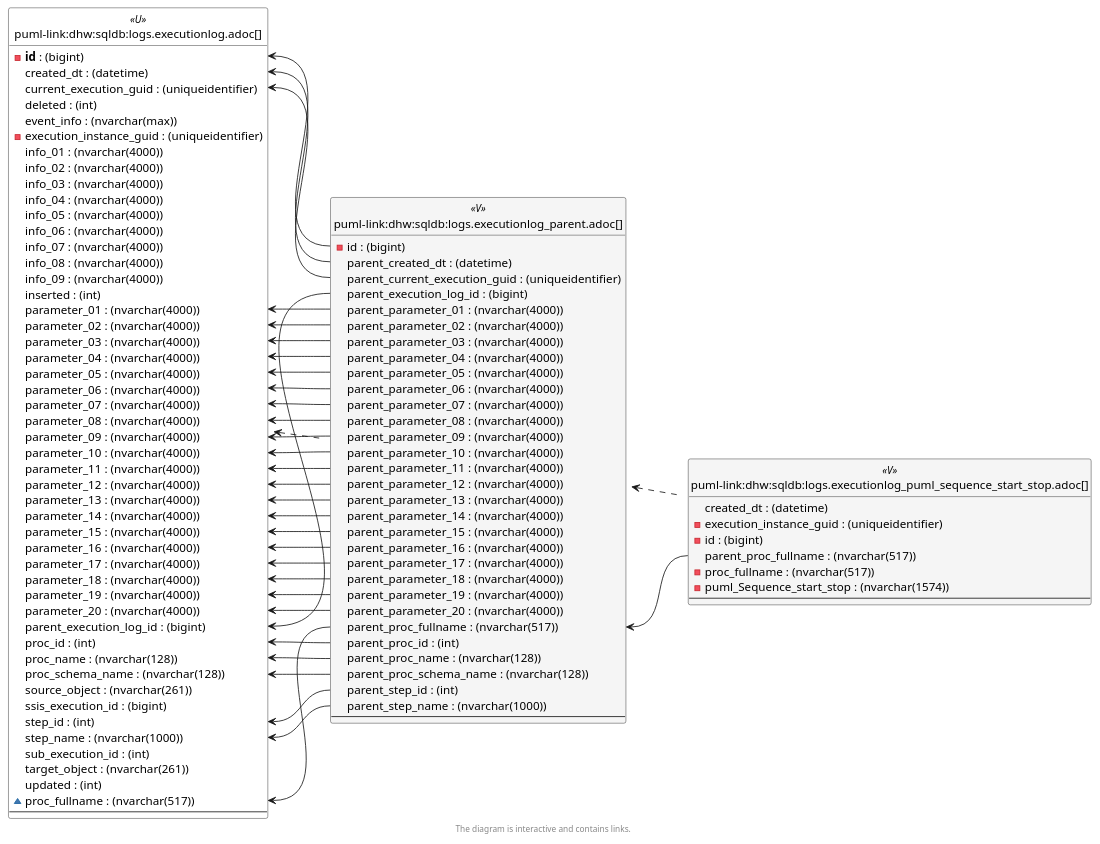
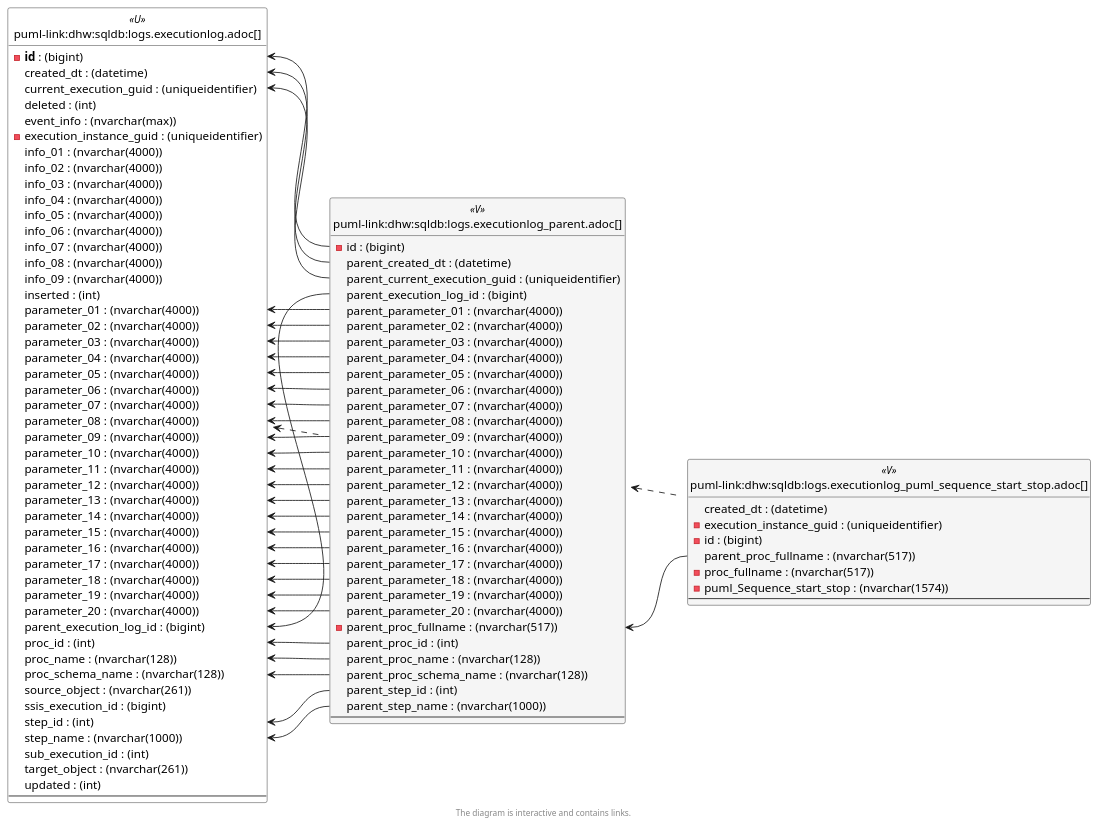
Before and after one commit to DataHandwerk/dhw-antora-sqldb: the sixth of 6 diagrams in docs/modules/sqldb/partials/content/logs.executionlog_parent.adoc, drawn with PlantUML. The commit also changed other lines of this file and 701 other files, not shown here.

```diff
--- a/docs/modules/sqldb/partials/content/logs.executionlog_parent.adoc
+++ b/docs/modules/sqldb/partials/content/logs.executionlog_parent.adoc
@@ -1540,7 +1535,6 @@
   sub_execution_id : (int)
   target_object : (nvarchar(261))
   updated : (int)
-  ~ proc_fullname : (nvarchar(517))
   --
 }
 
@@ -1569,7 +1563,7 @@
   parent_parameter_18 : (nvarchar(4000))
   parent_parameter_19 : (nvarchar(4000))
   parent_parameter_20 : (nvarchar(4000))
-  parent_proc_fullname : (nvarchar(517))
+  - parent_proc_fullname : (nvarchar(517))
   parent_proc_id : (int)
   parent_proc_name : (nvarchar(128))
   parent_proc_schema_name : (nvarchar(128))
@@ -1614,7 +1608,6 @@
 "logs.ExecutionLog::parameter_19" <-- "logs.ExecutionLog_parent::parent_parameter_19"
 "logs.ExecutionLog::parameter_20" <-- "logs.ExecutionLog_parent::parent_parameter_20"
 "logs.ExecutionLog::parent_execution_log_id" <-- "logs.ExecutionLog_parent::parent_execution_log_id"
-"logs.ExecutionLog::proc_fullname" <-- "logs.ExecutionLog_parent::parent_proc_fullname"
 "logs.ExecutionLog::proc_id" <-- "logs.ExecutionLog_parent::parent_proc_id"
 "logs.ExecutionLog::proc_name" <-- "logs.ExecutionLog_parent::parent_proc_name"
 "logs.ExecutionLog::proc_schema_name" <-- "logs.ExecutionLog_parent::parent_proc_schema_name"
```
